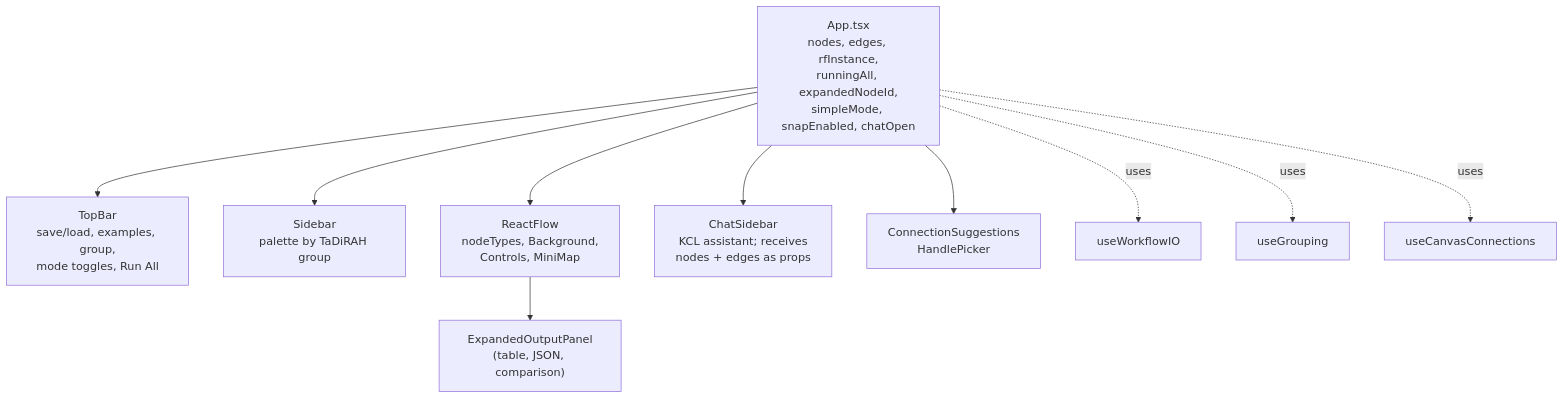
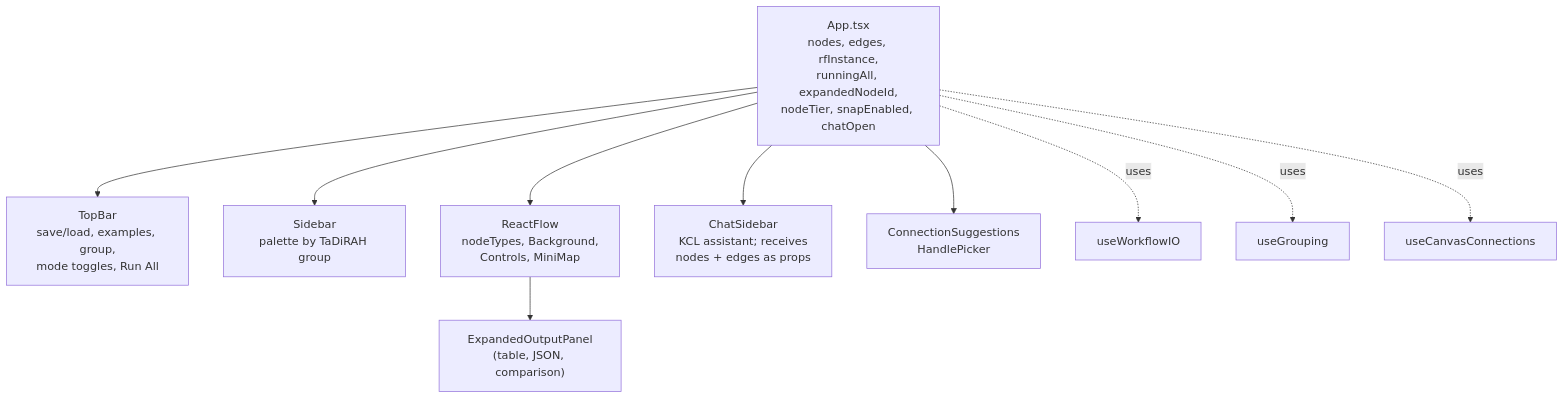
Before and after one commit to kingsdigitallab/nfcs-poc: the fourth of 14 diagrams in docs/architecture.md, drawn with Mermaid. The commit also changed other lines of this file and 27 other files, not shown here.

````diff
--- a/docs/architecture.md
+++ b/docs/architecture.md
@@ -167,13 +167,13 @@
 ```mermaid
 flowchart TB
-  APP["App.tsx<br/>nodes, edges, rfInstance,<br/>runningAll, expandedNodeId,<br/>simpleMode, snapEnabled, chatOpen"]
+  APP["App.tsx<br/>nodes, edges, rfInstance,<br/>runningAll, expandedNodeId,<br/>nodeTier, snapEnabled, chatOpen"]
   APP --> TB["TopBar<br/>save/load, examples, group,<br/>mode toggles, Run All"]
   APP --> SB["Sidebar<br/>palette by TaDiRAH group"]
   APP --> RF["ReactFlow<br/>nodeTypes, Background,<br/>Controls, MiniMap"]
   RF --> EOP["ExpandedOutputPanel<br/>(table, JSON, comparison)"]
   APP --> CS["ChatSidebar<br/>KCL assistant; receives<br/>nodes + edges as props"]
   APP --> POP["ConnectionSuggestions<br/>HandlePicker"]
   APP -.uses.-> H1["useWorkflowIO"]
   APP -.uses.-> H2["useGrouping"]
   APP -.uses.-> H3["useCanvasConnections"]
 ```
````
